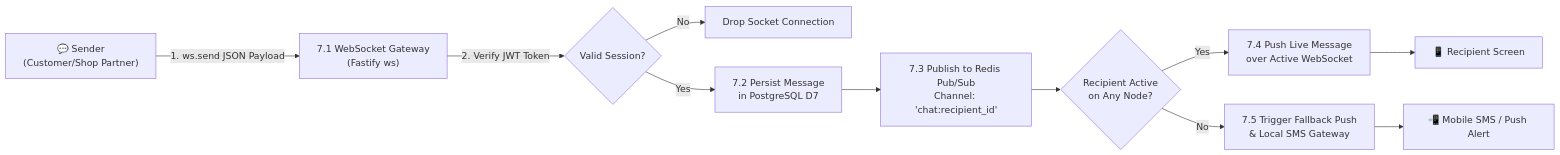
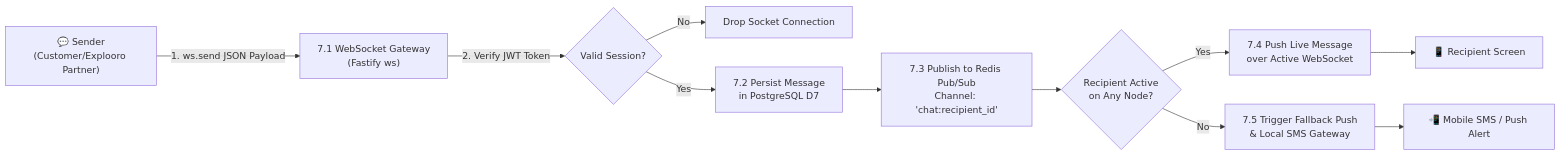
One commit to ashrafulta2/Explooro changed the fifth of 18 diagrams in docs/DFD.md. Above: the diagram before and after it, drawn with Mermaid. The commit also changed other lines of this file and 431 other files, not shown here.

````diff
--- a/docs/DFD.md
+++ b/docs/DFD.md
@@ -251,14 +251,14 @@
 ```mermaid
 flowchart LR
-    Sender["💬 Sender<br/>(Customer/Shop Partner)"] -->|1. ws.send JSON Payload| WSServer["7.1 WebSocket Gateway<br/>(Fastify ws)"]
+    Sender["💬 Sender<br/>(Customer/Explooro Partner)"] -->|1. ws.send JSON Payload| WSServer["7.1 WebSocket Gateway<br/>(Fastify ws)"]
     
     WSServer -->|2. Verify JWT Token| AuthGuard{Valid Session?}
     AuthGuard -->|No| DropConn[Drop Socket Connection]
     AuthGuard -->|Yes| StoreMsg[7.2 Persist Message<br/>in PostgreSQL D7]
     
     StoreMsg --> RedisPub[7.3 Publish to Redis Pub/Sub<br/>Channel: 'chat:recipient_id']
     
     RedisPub --> RecipientOnline{Recipient Active<br/>on Any Node?}
     RecipientOnline -->|Yes| DeliverMsg[7.4 Push Live Message<br/>over Active WebSocket] --> Receiver["📱 Recipient Screen"]
     RecipientOnline -->|No| QueuePush[7.5 Trigger Fallback Push<br/>& Local SMS Gateway] --> OfflineAlert["📲 Mobile SMS / Push Alert"]
 ```
````
